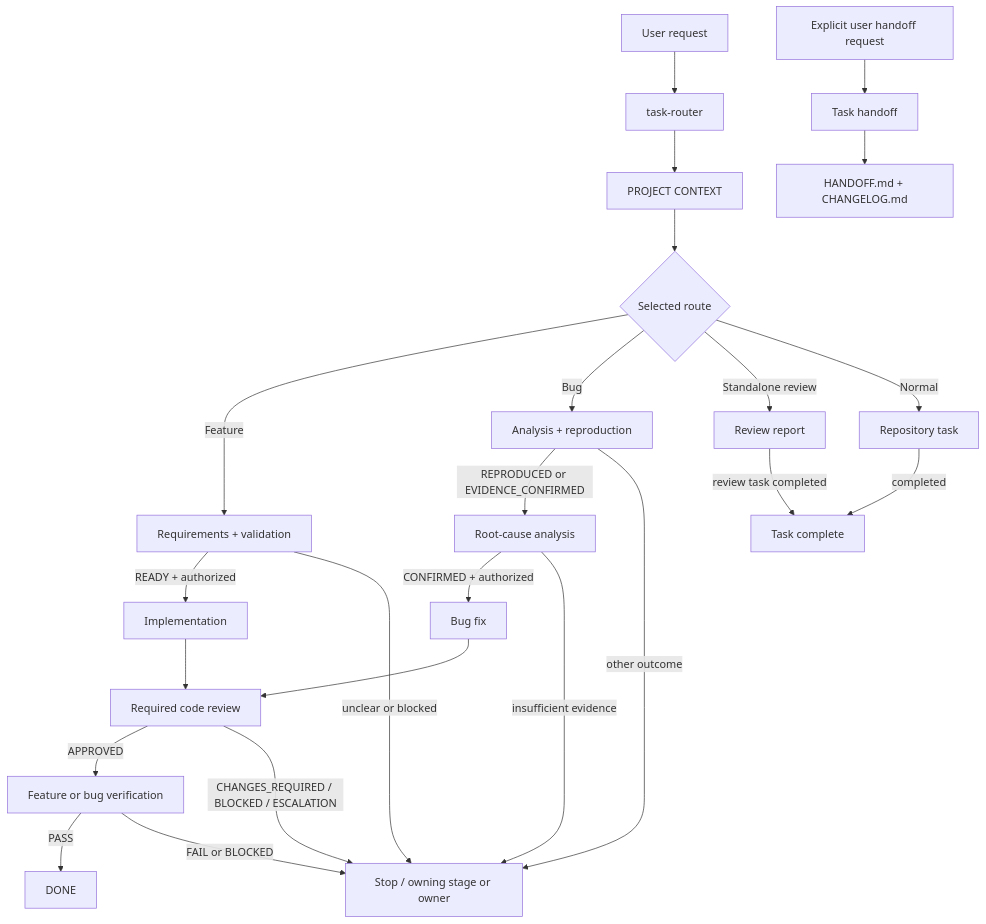
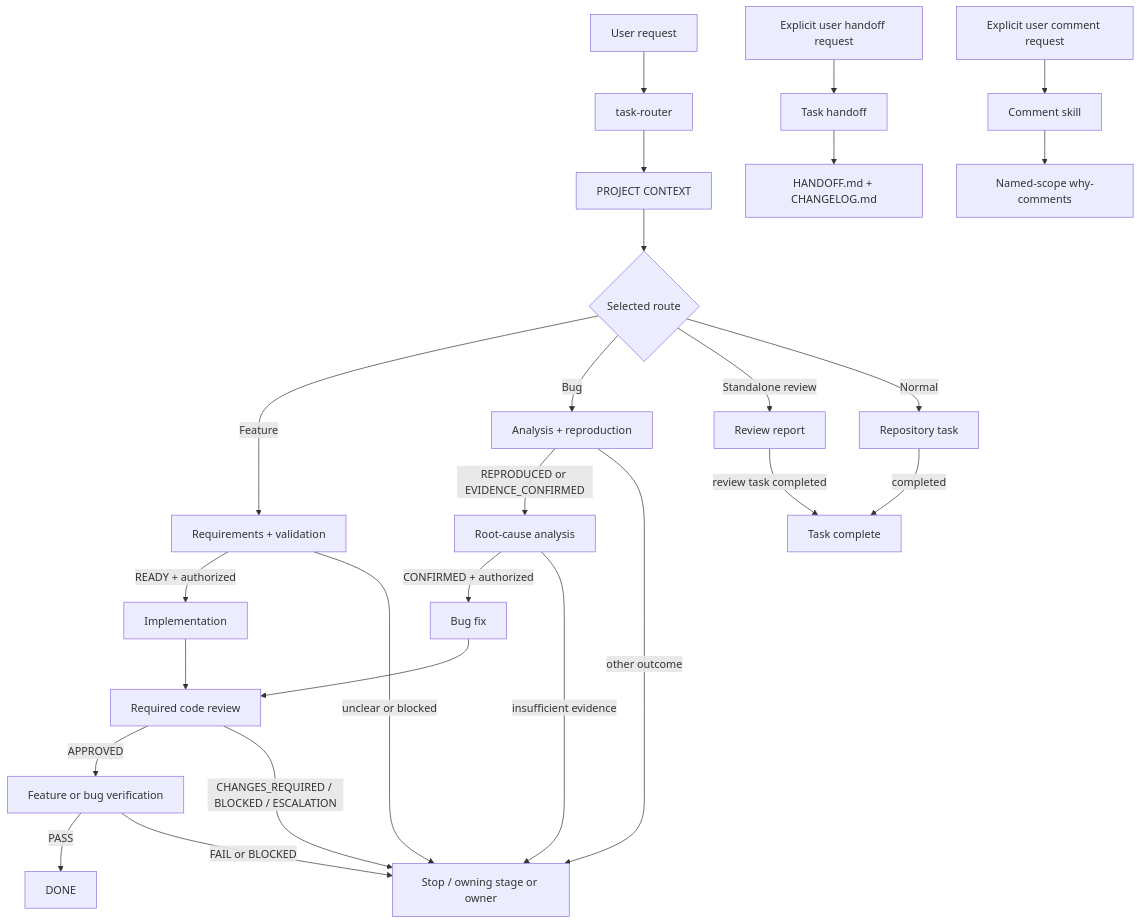
One commit to phanvanphuhn/agent_skills changed the second of 2 diagrams in agent-skills/project-contexts/agent-skills.md. Above: the diagram before and after it, drawn with Mermaid. The commit also changed other lines of this file and 12 other files, not shown here.

Commit message:
Add the comment skill and tighten routing and authority stops.

````diff
--- a/agent-skills/project-contexts/agent-skills.md
+++ b/agent-skills/project-contexts/agent-skills.md
@@ -92,26 +98,28 @@
 ```mermaid
 flowchart TD
   Request["User request"] --> Route["task-router"]
   Route --> Discovery["PROJECT CONTEXT"]
   Discovery --> Choice{"Selected route"}
   Choice -->|Feature| Feature["Requirements + validation"]
   Feature -->|READY + authorized| Implement["Implementation"]
   Feature -->|unclear or blocked| Stop["Stop / owning stage or owner"]
   Choice -->|Bug| Reproduce["Analysis + reproduction"]
   Reproduce -->|REPRODUCED or EVIDENCE_CONFIRMED| Cause["Root-cause analysis"]
   Reproduce -->|other outcome| Stop
   Cause -->|CONFIRMED + authorized| Fix["Bug fix"]
   Cause -->|insufficient evidence| Stop
   Choice -->|Standalone review| ManualReview["Review report"]
   Choice -->|Normal| Normal["Repository task"]
   Implement --> Review["Required code review"]
   Fix --> Review
   Review -->|APPROVED| Verify["Feature or bug verification"]
   Review -->|CHANGES_REQUIRED / BLOCKED / ESCALATION| Stop
   Verify -->|PASS| Done["DONE"]
   Verify -->|FAIL or BLOCKED| Stop
   Normal -->|completed| Complete["Task complete"]
   ManualReview -->|review task completed| Complete
   HandoffRequest["Explicit user handoff request"] --> Handoff["Task handoff"]
   Handoff --> Files["HANDOFF.md + CHANGELOG.md"]
+  CommentRequest["Explicit user comment request"] --> Comment["Comment skill"]
+  Comment --> NamedScope["Named-scope why-comments"]
 ```
````
